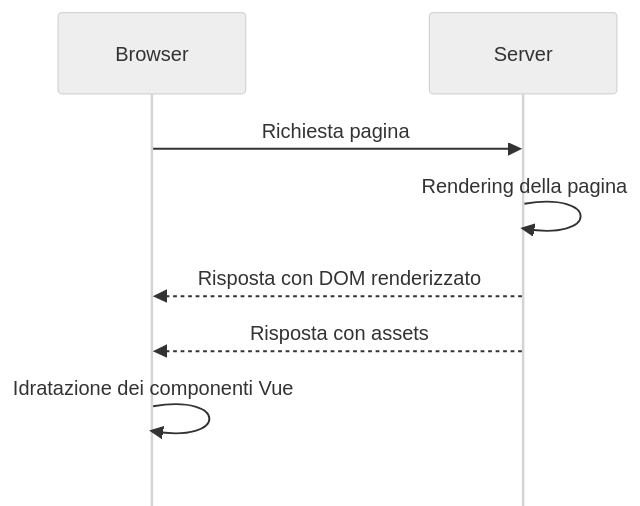
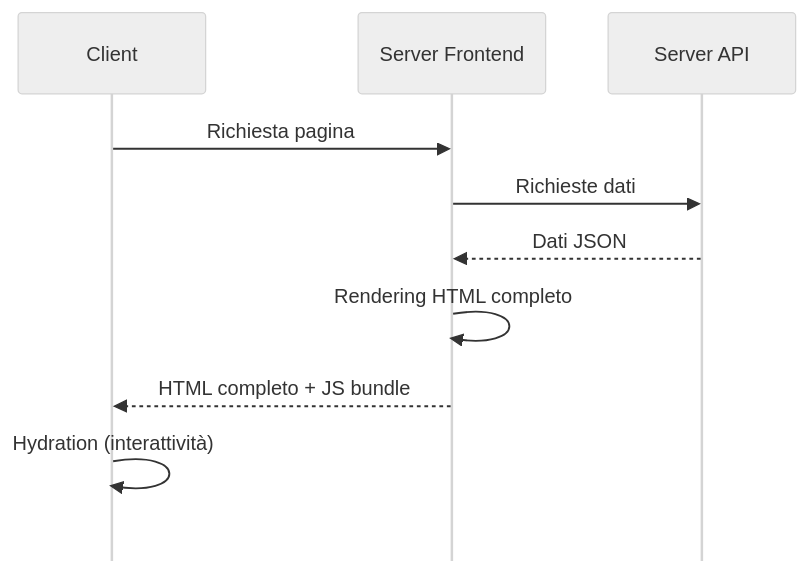
One commit to iacobucci/tesi-triennale changed the fourth of 7 diagrams in 2-1-nuxt.md. Above: the diagram before and after it, drawn with Mermaid. The commit also changed other lines of this file and 6 other files, not shown here.

````diff
--- a/2-1-nuxt.md
+++ b/2-1-nuxt.md
@@ -415,11 +433,14 @@
 ```mermaid {height=6cm}
 %%{init: {'theme': 'neutral', 'mirrorActors': false} }%%
 sequenceDiagram
-    participant Browser
-    participant Server
-    Browser->>Server: Richiesta pagina
-	Server ->>Server: Rendering della pagina
-	Server -->>Browser: Risposta con DOM renderizzato
-	Server -->>Browser: Risposta con assets
-	Browser->>Browser: Idratazione dei componenti Vue
+	participant client as Client
+	participant frontend as Server Frontend
+	participant backend as Server API
+
+	client->>frontend: Richiesta pagina
+    frontend->>backend: Richieste dati
+    backend-->>frontend: Dati JSON
+    frontend->>frontend: Rendering HTML completo
+    frontend-->>client: HTML completo + JS bundle
+    client->>client: Hydration (interattività)
 ```
````
